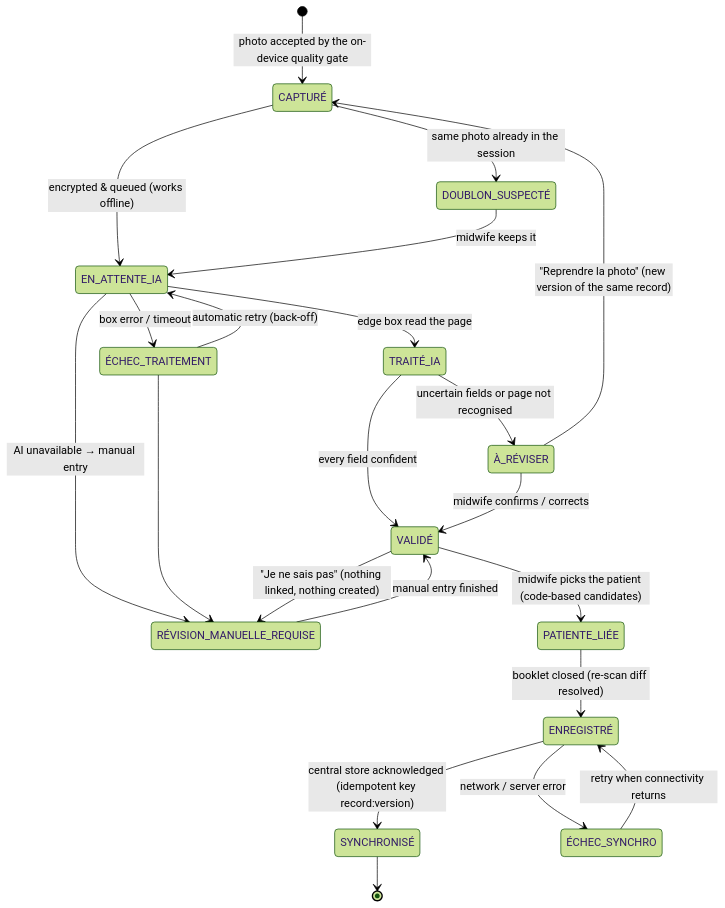
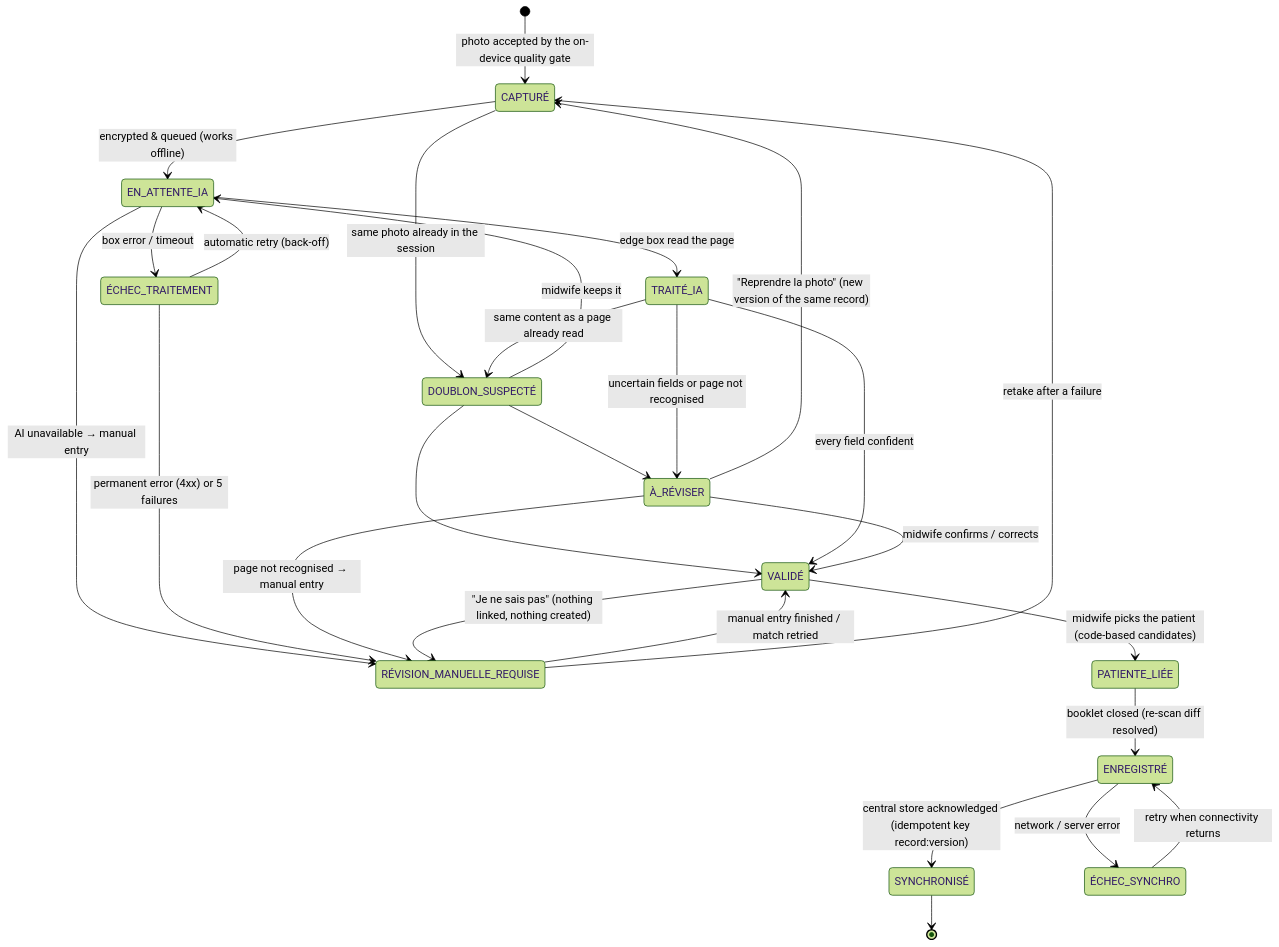
Before and after one commit to Francklin9999/codeml2026: the diagram in dayone-participants/LIFECYCLE.md, drawn with Mermaid (forest theme). The commit also changed other lines of this file and 59 other files, not shown here.

````diff
--- a/dayone-participants/LIFECYCLE.md
+++ b/dayone-participants/LIFECYCLE.md
@@ -8,24 +9,29 @@
 ```mermaid
 stateDiagram-v2
     [*] --> CAPTURÉ: photo accepted by the on-device quality gate
     CAPTURÉ --> EN_ATTENTE_IA: encrypted & queued (works offline)
     CAPTURÉ --> DOUBLON_SUSPECTÉ: same photo already in the session
     DOUBLON_SUSPECTÉ --> EN_ATTENTE_IA: midwife keeps it
+    TRAITÉ_IA --> DOUBLON_SUSPECTÉ: same content as a page already read
+    DOUBLON_SUSPECTÉ --> À_RÉVISER
+    DOUBLON_SUSPECTÉ --> VALIDÉ
     EN_ATTENTE_IA --> TRAITÉ_IA: edge box read the page
     EN_ATTENTE_IA --> ÉCHEC_TRAITEMENT: box error / timeout
     ÉCHEC_TRAITEMENT --> EN_ATTENTE_IA: automatic retry (back-off)
     EN_ATTENTE_IA --> RÉVISION_MANUELLE_REQUISE: AI unavailable → manual entry
-    ÉCHEC_TRAITEMENT --> RÉVISION_MANUELLE_REQUISE
+    ÉCHEC_TRAITEMENT --> RÉVISION_MANUELLE_REQUISE: permanent error (4xx) or 5 failures
     TRAITÉ_IA --> VALIDÉ: every field confident
     TRAITÉ_IA --> À_RÉVISER: uncertain fields or page not recognised
     À_RÉVISER --> VALIDÉ: midwife confirms / corrects
     À_RÉVISER --> CAPTURÉ: "Reprendre la photo" (new version of the same record)
-    RÉVISION_MANUELLE_REQUISE --> VALIDÉ: manual entry finished
+    À_RÉVISER --> RÉVISION_MANUELLE_REQUISE: page not recognised → manual entry
+    RÉVISION_MANUELLE_REQUISE --> VALIDÉ: manual entry finished / match retried
+    RÉVISION_MANUELLE_REQUISE --> CAPTURÉ: retake after a failure
     VALIDÉ --> PATIENTE_LIÉE: midwife picks the patient (code-based candidates)
     VALIDÉ --> RÉVISION_MANUELLE_REQUISE: "Je ne sais pas" (nothing linked, nothing created)
     PATIENTE_LIÉE --> ENREGISTRÉ: booklet closed (re-scan diff resolved)
     ENREGISTRÉ --> SYNCHRONISÉ: central store acknowledged (idempotent key record:version)
     ENREGISTRÉ --> ÉCHEC_SYNCHRO: network / server error
     ÉCHEC_SYNCHRO --> ENREGISTRÉ: retry when connectivity returns
     SYNCHRONISÉ --> [*]
 ```
````
